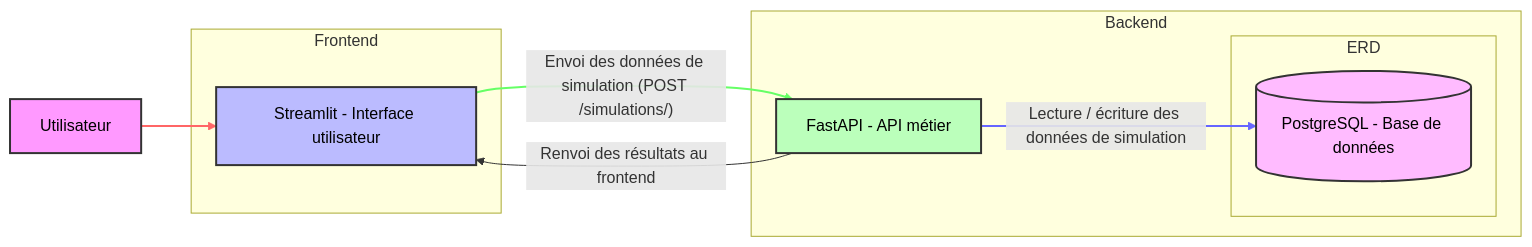
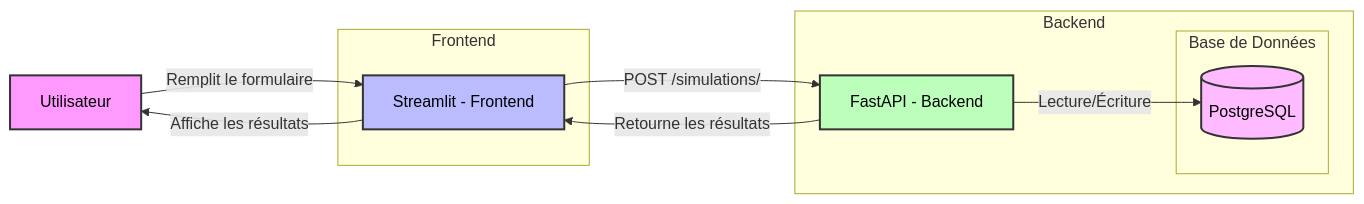
Before and after one commit to fabienfrfr/Ton-Revenu-Universel: the second of 3 diagrams in docs/architecture.md, drawn with Mermaid. The commit also changed other lines of this file, not shown here.

Commit message:
enrich architecture scheme

````diff
--- a/docs/architecture.md
+++ b/docs/architecture.md
@@ -12,32 +32,22 @@
 ```mermaid
-
 graph LR
-
-  User[Utilisateur] --> FE[Streamlit - Interface utilisateur]
+  User[Utilisateur] -->|Remplit le formulaire| FE[Streamlit - Frontend]
   subgraph Frontend
     FE
   end
   subgraph Backend
-    BE[FastAPI - API métier]
-    subgraph ERD
-      DB[(PostgreSQL - Base de données)]
+    BE[FastAPI - Backend]
+    subgraph Base de Données
+      DB[(PostgreSQL)]
     end
   end
-  FE -- Envoi des données de simulation (POST /simulations/) --> BE
-  BE -- Lecture / écriture des données de simulation --> DB
-  BE -- Renvoi des résultats au frontend --> FE
-
-
+  FE -->|POST /simulations/| BE
+  BE -->|Lecture/Écriture| DB
+  BE -->|Retourne les résultats| FE
+  FE -->|Affiche les résultats| User
 
   style User fill:#f9f,stroke:#333,stroke-width:2px,color:#000
   style FE fill:#bbf,stroke:#333,stroke-width:2px,color:#000
   style BE fill:#bfb,stroke:#333,stroke-width:2px,color:#000
   style DB fill:#fbf,stroke:#333,stroke-width:2px,color:#000
-
-  linkStyle 0 stroke:#f66,stroke-width:2px
-  linkStyle 1 stroke:#6f6,stroke-width:2px
-  linkStyle 2 stroke:#66f,stroke-width:2px
-
-
-
 ```
````
